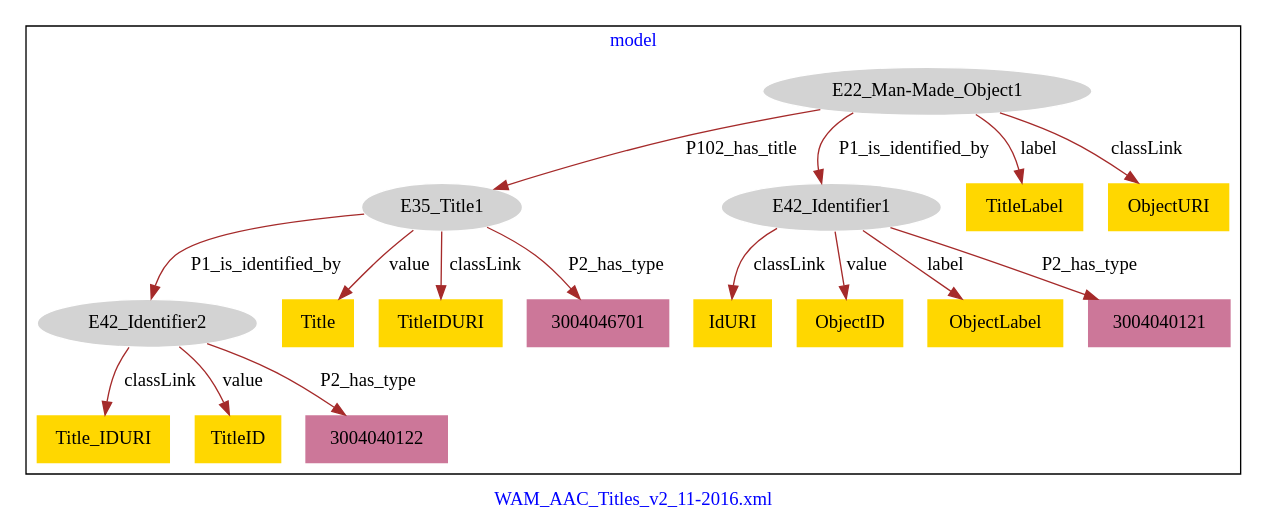
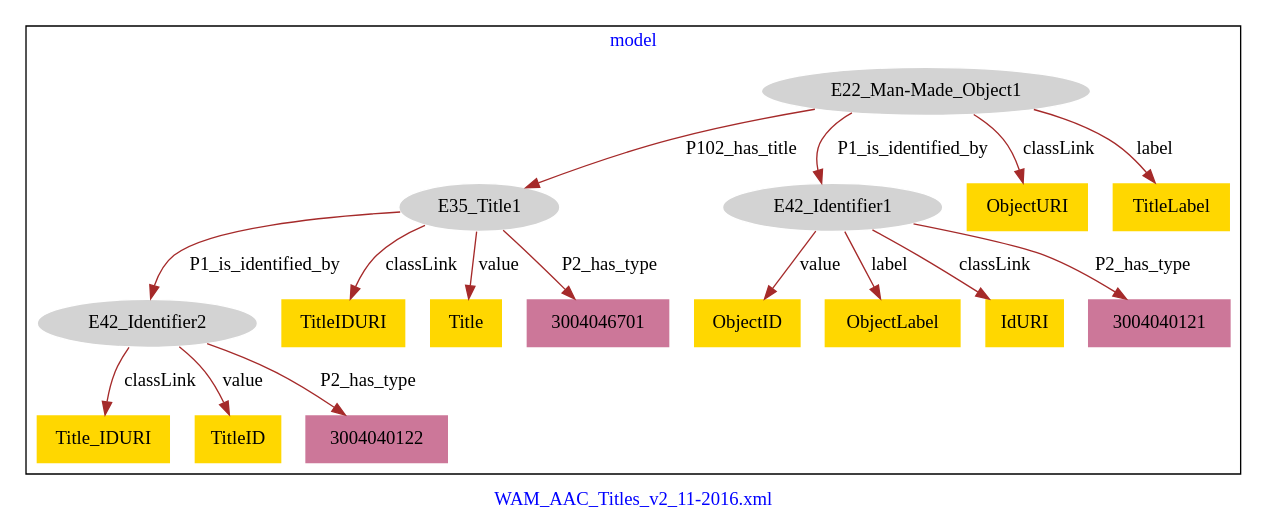
The diagram in WAM_AAC_Titles/WAM_AAC_Titles-model.dot (american-art/wam), drawn with Graphviz before and after one commit. The commit also changed 25 other files, not shown here.

```diff
--- a/WAM_AAC_Titles/WAM_AAC_Titles-model.dot
+++ b/WAM_AAC_Titles/WAM_AAC_Titles-model.dot
@@ -1,39 +1,39 @@
 digraph n0 {
 fontcolor="blue"
 remincross="true"
 label="WAM_AAC_Titles_v2_11-2016.xml"
 subgraph cluster {
 label="model"
 n2[style="filled",color="white",fillcolor="lightgray",label="E22_Man-Made_Object1"];
 n3[style="filled",color="white",fillcolor="lightgray",label="E35_Title1"];
 n4[style="filled",color="white",fillcolor="lightgray",label="E42_Identifier1"];
 n5[style="filled",color="white",fillcolor="lightgray",label="E42_Identifier2"];
-n6[shape="plaintext",style="filled",fillcolor="gold",label="TitleLabel"];
-n7[shape="plaintext",style="filled",fillcolor="gold",label="IdURI"];
-n8[shape="plaintext",style="filled",fillcolor="gold",label="ObjectID"];
-n9[shape="plaintext",style="filled",fillcolor="gold",label="Title"];
-n10[shape="plaintext",style="filled",fillcolor="gold",label="Title_IDURI"];
-n11[shape="plaintext",style="filled",fillcolor="gold",label="TitleID"];
-n12[shape="plaintext",style="filled",fillcolor="gold",label="ObjectURI"];
-n13[shape="plaintext",style="filled",fillcolor="gold",label="TitleIDURI"];
-n14[shape="plaintext",style="filled",fillcolor="gold",label="ObjectLabel"];
+n6[shape="plaintext",style="filled",fillcolor="gold",label="TitleIDURI"];
+n7[shape="plaintext",style="filled",fillcolor="gold",label="Title_IDURI"];
+n8[shape="plaintext",style="filled",fillcolor="gold",label="ObjectURI"];
+n9[shape="plaintext",style="filled",fillcolor="gold",label="ObjectID"];
+n10[shape="plaintext",style="filled",fillcolor="gold",label="ObjectLabel"];
+n11[shape="plaintext",style="filled",fillcolor="gold",label="Title"];
+n12[shape="plaintext",style="filled",fillcolor="gold",label="TitleID"];
+n13[shape="plaintext",style="filled",fillcolor="gold",label="TitleLabel"];
+n14[shape="plaintext",style="filled",fillcolor="gold",label="IdURI"];
 n15[shape="plaintext",style="filled",fillcolor="#CC7799",label="3004046701"];
 n16[shape="plaintext",style="filled",fillcolor="#CC7799",label="3004040122"];
 n17[shape="plaintext",style="filled",fillcolor="#CC7799",label="3004040121"];
 }
 n2 -> n3[color="brown",fontcolor="black",label="P102_has_title"]
 n2 -> n4[color="brown",fontcolor="black",label="P1_is_identified_by"]
 n3 -> n5[color="brown",fontcolor="black",label="P1_is_identified_by"]
-n2 -> n6[color="brown",fontcolor="black",label="label"]
-n4 -> n7[color="brown",fontcolor="black",label="classLink"]
-n4 -> n8[color="brown",fontcolor="black",label="value"]
-n3 -> n9[color="brown",fontcolor="black",label="value"]
-n5 -> n10[color="brown",fontcolor="black",label="classLink"]
-n5 -> n11[color="brown",fontcolor="black",label="value"]
-n2 -> n12[color="brown",fontcolor="black",label="classLink"]
-n3 -> n13[color="brown",fontcolor="black",label="classLink"]
-n4 -> n14[color="brown",fontcolor="black",label="label"]
+n3 -> n6[color="brown",fontcolor="black",label="classLink"]
+n5 -> n7[color="brown",fontcolor="black",label="classLink"]
+n2 -> n8[color="brown",fontcolor="black",label="classLink"]
+n4 -> n9[color="brown",fontcolor="black",label="value"]
+n4 -> n10[color="brown",fontcolor="black",label="label"]
+n3 -> n11[color="brown",fontcolor="black",label="value"]
+n5 -> n12[color="brown",fontcolor="black",label="value"]
+n2 -> n13[color="brown",fontcolor="black",label="label"]
+n4 -> n14[color="brown",fontcolor="black",label="classLink"]
 n3 -> n15[color="brown",fontcolor="black",label="P2_has_type"]
 n5 -> n16[color="brown",fontcolor="black",label="P2_has_type"]
 n4 -> n17[color="brown",fontcolor="black",label="P2_has_type"]
 }
```
